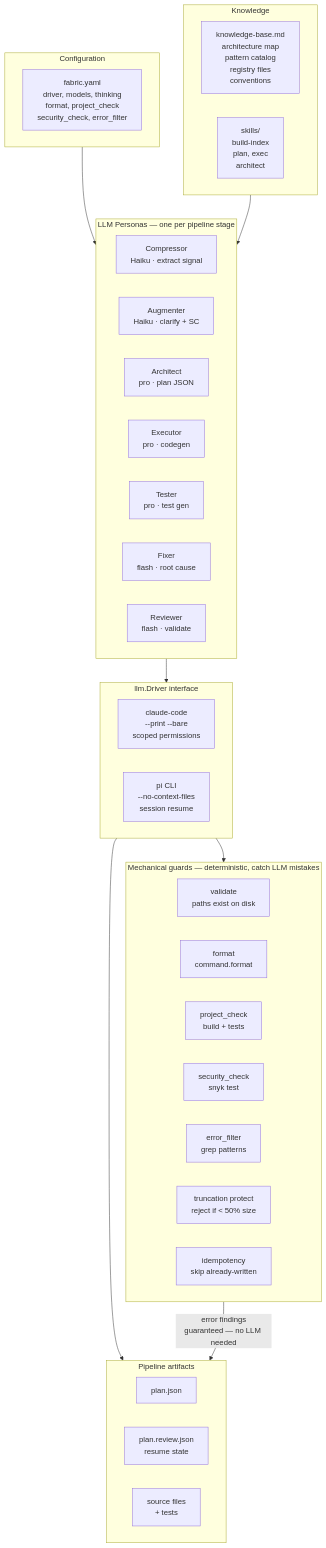
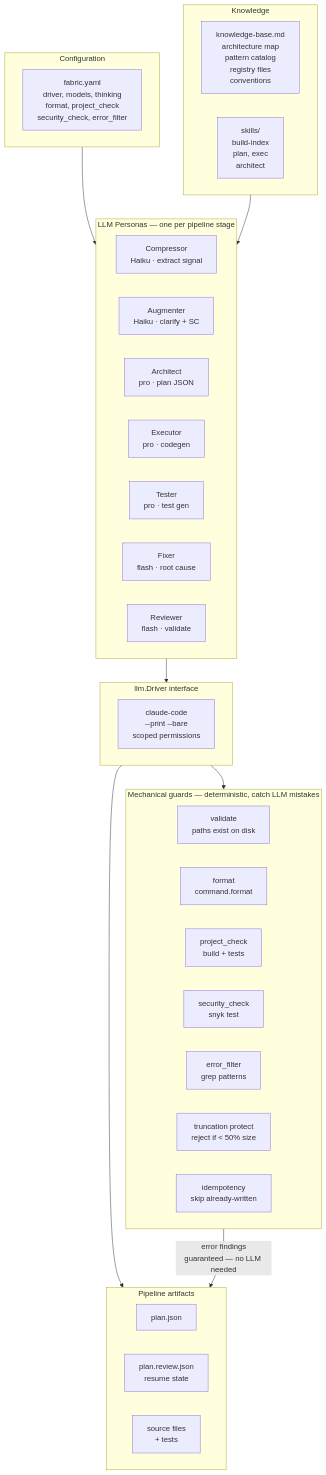
Before and after one commit to vitorcvargas-code/fabric: the first of 3 diagrams in README.md, drawn with Mermaid. The commit also changed other lines of this file and 11 other files, not shown here.

````diff
--- a/README.md
+++ b/README.md
@@ -172,54 +178,53 @@
 ```mermaid
 graph TB
     subgraph Config["Configuration"]
         FY["fabric.yaml<br/>driver, models, thinking<br/>format, project_check<br/>security_check, error_filter"]
     end
 
     subgraph Knowledge["Knowledge"]
         KB["knowledge-base.md<br/>architecture map<br/>pattern catalog<br/>registry files<br/>conventions"]
         SI["skills/<br/>build-index<br/>plan, exec<br/>architect"]
     end
 
     Config --> Personas
     Knowledge --> Personas
 
     subgraph Personas["LLM Personas — one per pipeline stage"]
         direction LR
         CO["Compressor<br/>Haiku · extract signal"]
         AU["Augmenter<br/>Haiku · clarify + SC"]
         AR["Architect<br/>pro · plan JSON"]
         EX["Executor<br/>pro · codegen"]
         TE["Tester<br/>pro · test gen"]
         FI["Fixer<br/>flash · root cause"]
         RV["Reviewer<br/>flash · validate"]
     end
 
     Personas --> Driver
 
     subgraph Driver["llm.Driver interface"]
         CC["claude-code<br/>--print --bare<br/>scoped permissions"]
-        PI["pi CLI<br/>--no-context-files<br/>session resume"]
     end
 
     Driver --> Artifacts
     Driver --> Mechanical
 
     subgraph Artifacts["Pipeline artifacts"]
         PJ["plan.json"]
         PRJ["plan.review.json<br/>resume state"]
         CODE["source files<br/>+ tests"]
     end
 
     subgraph Mechanical["Mechanical guards — deterministic, catch LLM mistakes"]
         direction LR
         VA["validate<br/>paths exist on disk"]
         FMT["format<br/>command.format"]
         PC["project_check<br/>build + tests"]
         SC2["security_check<br/>snyk test"]
         EF["error_filter<br/>grep patterns"]
         TP["truncation protect<br/>reject if < 50% size"]
         ID["idempotency<br/>skip already-written"]
     end
 
     Mechanical -->|"error findings<br/>guaranteed — no LLM needed"| Artifacts
 ```
````
